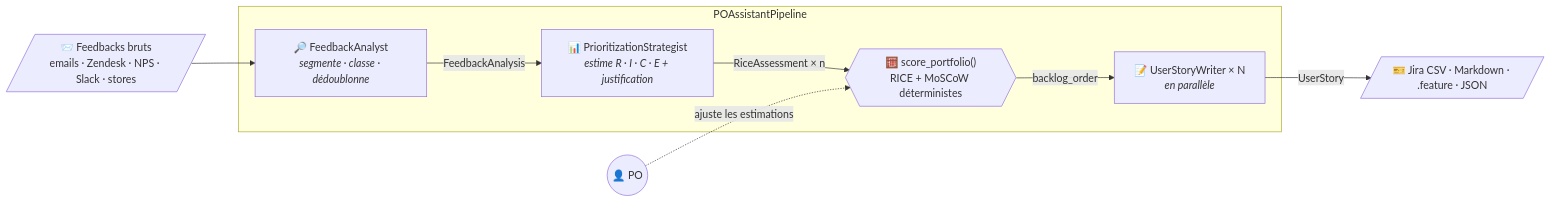
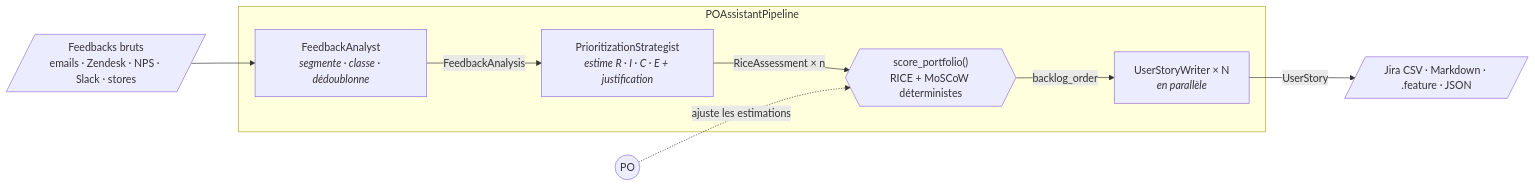
One commit to clementbiteau/ai-po-assistant changed the first of 2 diagrams in README.md. Above: the diagram before and after it, drawn with Mermaid. The commit also changed other lines of this file and 15 other files, not shown here.

````diff
--- a/README.md
+++ b/README.md
@@ -27,12 +27,12 @@
 ```mermaid
 flowchart LR
-    IN[/"📨 Feedbacks bruts<br/>emails · Zendesk · NPS · Slack · stores"/] --> A
+    IN[/"Feedbacks bruts<br/>emails · Zendesk · NPS · Slack · stores"/] --> A
     subgraph Pipeline["POAssistantPipeline"]
-        A["🔎 FeedbackAnalyst<br/><i>segmente · classe · dédoublonne</i>"] -->|FeedbackAnalysis| B
-        B["📊 PrioritizationStrategist<br/><i>estime R · I · C · E + justification</i>"] -->|RiceAssessment × n| S
-        S{{"🧮 score_portfolio()<br/>RICE + MoSCoW déterministes"}} -->|backlog_order| C
-        C["📝 UserStoryWriter × N<br/><i>en parallèle</i>"]
+        A["FeedbackAnalyst<br/><i>segmente · classe · dédoublonne</i>"] -->|FeedbackAnalysis| B
+        B["PrioritizationStrategist<br/><i>estime R · I · C · E + justification</i>"] -->|RiceAssessment × n| S
+        S{{"score_portfolio()<br/>RICE + MoSCoW déterministes"}} -->|backlog_order| C
+        C["UserStoryWriter × N<br/><i>en parallèle</i>"]
     end
-    C -->|UserStory| OUT[/"🎫 Jira CSV · Markdown · .feature · JSON"/]
-    PO(("👤 PO")) -. ajuste les estimations .-> S
+    C -->|UserStory| OUT[/"Jira CSV · Markdown · .feature · JSON"/]
+    PO(("PO")) -. ajuste les estimations .-> S
 ```
````
